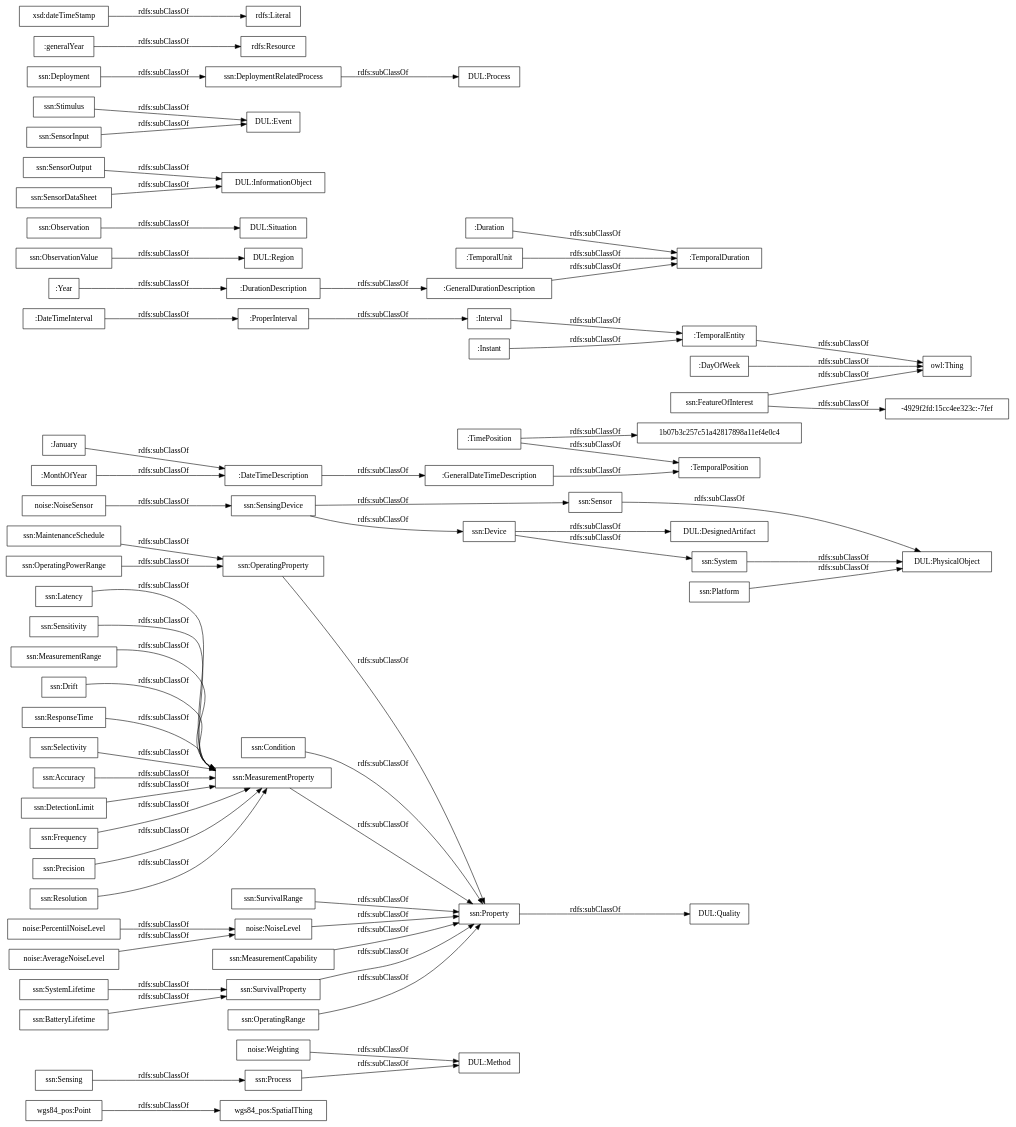
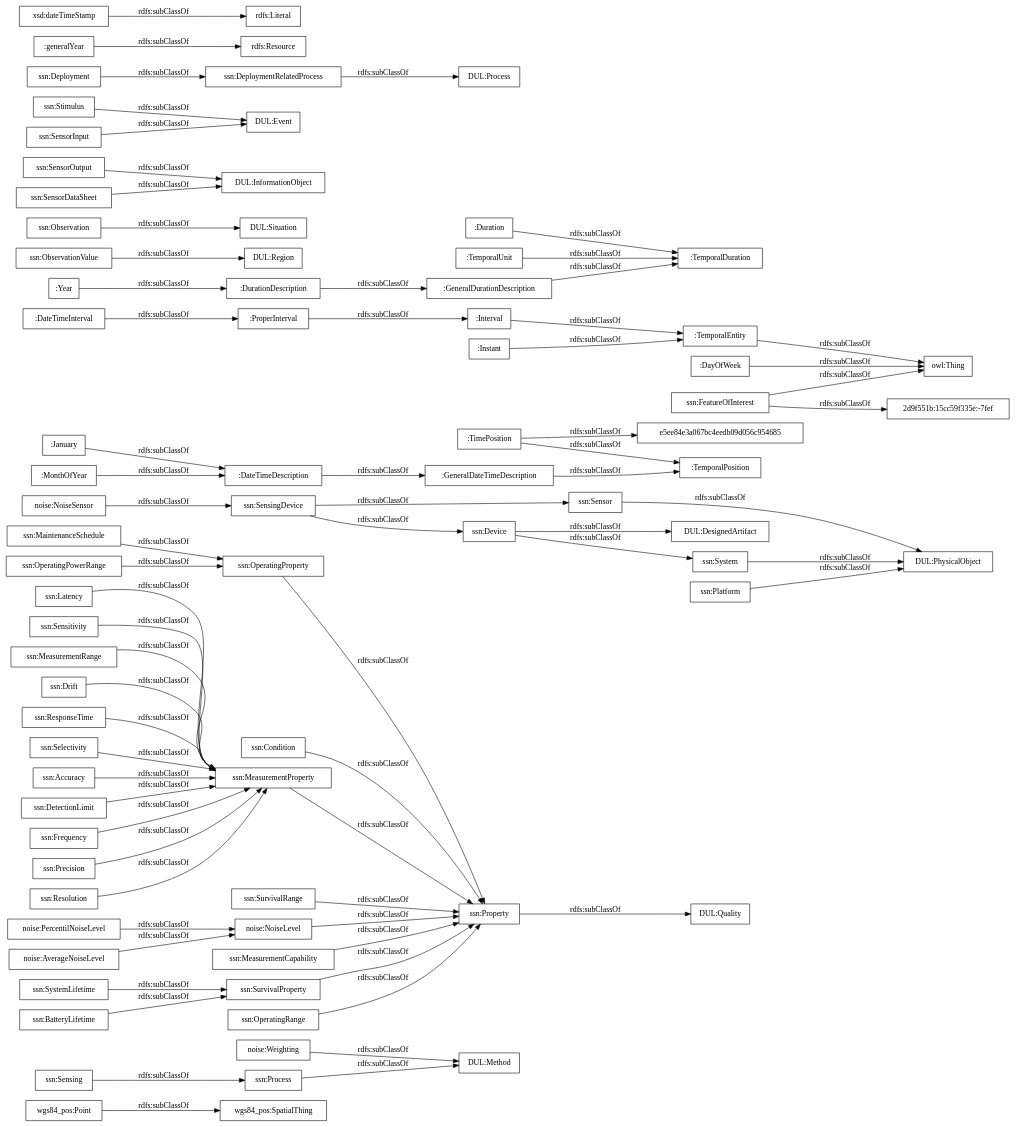
Before and after one commit to opencitydata/vocab-medio-ambiente-contaminacion-acustica: the diagram in OnToology/contaminacion-acustica.owl/diagrams/ar2dtool-taxonomy/contaminacion-acustica.owl.png.dot, drawn with Graphviz. The commit also changed 9 other files, not shown here.

```diff
--- a/OnToology/contaminacion-acustica.owl/diagrams/ar2dtool-taxonomy/contaminacion-acustica.owl.png.dot
+++ b/OnToology/contaminacion-acustica.owl/diagrams/ar2dtool-taxonomy/contaminacion-acustica.owl.png.dot
@@ -1,73 +1,73 @@
 digraph ar2dtool_diagram { 
 rankdir=LR;
 size="1000"
-node [shape = rectangle, color="black"]; "wgs84_pos:SpatialThing" "wgs84_pos:Point" "noise:Weighting" "noise:PercentilNoiseLevel" "noise:NoiseSensor" "noise:NoiseLevel" "noise:AverageNoiseLevel" ":GeneralDateTimeDescription" ":DateTimeInterval" ":DurationDescription" ":TemporalDuration" ":Duration" ":GeneralDurationDescription" ":January" ":ProperInterval" ":TimePosition" "1b07b3c257c51a42817898a11ef4e0c4" ":TemporalPosition" ":Interval" ":TemporalEntity" ":Year" ":MonthOfYear" ":DateTimeDescription" ":TemporalUnit" ":Instant" ":DayOfWeek" "ssn:Accuracy" "ssn:DetectionLimit" "ssn:Frequency" "ssn:Condition" "DUL:Region" "DUL:Situation" "DUL:PhysicalObject" "ssn:SensorOutput" "ssn:Precision" "ssn:Resolution" "DUL:Quality" "ssn:FeatureOfInterest" "ssn:Sensor" "DUL:InformationObject" "ssn:OperatingProperty" "DUL:Event" "ssn:OperatingPowerRange" "DUL:Method" "ssn:MaintenanceSchedule" "ssn:Sensing" "ssn:Latency" "ssn:SurvivalRange" "ssn:SensingDevice" "DUL:DesignedArtifact" "ssn:Sensitivity" "ssn:Stimulus" "DUL:Process" "ssn:MeasurementRange" "ssn:System" "ssn:SystemLifetime" "ssn:Property" "ssn:MeasurementProperty" "ssn:Process" "ssn:Deployment" "ssn:MeasurementCapability" "ssn:BatteryLifetime" "-4929f2fd:15cc4ee323c:-7fef" "ssn:Drift" "ssn:DeploymentRelatedProcess" "ssn:SensorInput" "ssn:ResponseTime" "ssn:ObservationValue" "ssn:SensorDataSheet" "ssn:Observation" "ssn:Selectivity" "ssn:SurvivalProperty" "ssn:Device" "ssn:OperatingRange" "ssn:Platform" ; /*classes style*/
+node [shape = rectangle, color="black"]; "wgs84_pos:SpatialThing" "wgs84_pos:Point" "noise:Weighting" "noise:PercentilNoiseLevel" "noise:NoiseSensor" "noise:NoiseLevel" "noise:AverageNoiseLevel" ":GeneralDateTimeDescription" ":DateTimeInterval" ":DurationDescription" ":TemporalDuration" ":Duration" ":GeneralDurationDescription" ":January" ":ProperInterval" ":TimePosition" "e5ee84e3a067bc4eedb09d056c954685" ":TemporalPosition" ":Interval" ":TemporalEntity" ":Year" ":MonthOfYear" ":DateTimeDescription" ":TemporalUnit" ":Instant" ":DayOfWeek" "ssn:Accuracy" "ssn:DetectionLimit" "ssn:Frequency" "ssn:Condition" "DUL:Region" "DUL:Situation" "DUL:PhysicalObject" "ssn:SensorOutput" "ssn:Precision" "ssn:Resolution" "DUL:Quality" "ssn:FeatureOfInterest" "ssn:Sensor" "DUL:InformationObject" "ssn:OperatingProperty" "DUL:Event" "ssn:OperatingPowerRange" "DUL:Method" "ssn:MaintenanceSchedule" "ssn:Sensing" "ssn:Latency" "2d9f551b:15cc59f335e:-7fef" "ssn:SurvivalRange" "ssn:SensingDevice" "DUL:DesignedArtifact" "ssn:Sensitivity" "ssn:Stimulus" "DUL:Process" "ssn:MeasurementRange" "ssn:System" "ssn:SystemLifetime" "ssn:Property" "ssn:MeasurementProperty" "ssn:Process" "ssn:Deployment" "ssn:MeasurementCapability" "ssn:BatteryLifetime" "ssn:Drift" "ssn:DeploymentRelatedProcess" "ssn:SensorInput" "ssn:ResponseTime" "ssn:ObservationValue" "ssn:SensorDataSheet" "ssn:Observation" "ssn:Selectivity" "ssn:SurvivalProperty" "ssn:Device" "ssn:OperatingRange" "ssn:Platform" ; /*classes style*/
 	":DateTimeDescription" -> ":GeneralDateTimeDescription" [ label = "rdfs:subClassOf" ];
 	"noise:AverageNoiseLevel" -> "noise:NoiseLevel" [ label = "rdfs:subClassOf" ];
 	"ssn:Deployment" -> "ssn:DeploymentRelatedProcess" [ label = "rdfs:subClassOf" ];
 	"ssn:SensingDevice" -> "ssn:Sensor" [ label = "rdfs:subClassOf" ];
 	"ssn:SensingDevice" -> "ssn:Device" [ label = "rdfs:subClassOf" ];
 	"ssn:DeploymentRelatedProcess" -> "DUL:Process" [ label = "rdfs:subClassOf" ];
 	"ssn:Accuracy" -> "ssn:MeasurementProperty" [ label = "rdfs:subClassOf" ];
 	":Instant" -> ":TemporalEntity" [ label = "rdfs:subClassOf" ];
 	"ssn:FeatureOfInterest" -> "owl:Thing" [ label = "rdfs:subClassOf" ];
-	"ssn:FeatureOfInterest" -> "-4929f2fd:15cc4ee323c:-7fef" [ label = "rdfs:subClassOf" ];
+	"ssn:FeatureOfInterest" -> "2d9f551b:15cc59f335e:-7fef" [ label = "rdfs:subClassOf" ];
 	"ssn:Latency" -> "ssn:MeasurementProperty" [ label = "rdfs:subClassOf" ];
 	"ssn:Process" -> "DUL:Method" [ label = "rdfs:subClassOf" ];
 	"noise:Weighting" -> "DUL:Method" [ label = "rdfs:subClassOf" ];
 	":ProperInterval" -> ":Interval" [ label = "rdfs:subClassOf" ];
 	"ssn:Property" -> "DUL:Quality" [ label = "rdfs:subClassOf" ];
 	"ssn:MeasurementProperty" -> "ssn:Property" [ label = "rdfs:subClassOf" ];
 	"wgs84_pos:Point" -> "wgs84_pos:SpatialThing" [ label = "rdfs:subClassOf" ];
 	":MonthOfYear" -> ":DateTimeDescription" [ label = "rdfs:subClassOf" ];
 	"ssn:ResponseTime" -> "ssn:MeasurementProperty" [ label = "rdfs:subClassOf" ];
 	"ssn:OperatingRange" -> "ssn:Property" [ label = "rdfs:subClassOf" ];
 	"noise:NoiseLevel" -> "ssn:Property" [ label = "rdfs:subClassOf" ];
 	"ssn:MeasurementRange" -> "ssn:MeasurementProperty" [ label = "rdfs:subClassOf" ];
 	"ssn:Stimulus" -> "DUL:Event" [ label = "rdfs:subClassOf" ];
 	":Duration" -> ":TemporalDuration" [ label = "rdfs:subClassOf" ];
 	"ssn:SurvivalProperty" -> "ssn:Property" [ label = "rdfs:subClassOf" ];
 	"ssn:MaintenanceSchedule" -> "ssn:OperatingProperty" [ label = "rdfs:subClassOf" ];
 	"ssn:SensorInput" -> "DUL:Event" [ label = "rdfs:subClassOf" ];
-	":TimePosition" -> "1b07b3c257c51a42817898a11ef4e0c4" [ label = "rdfs:subClassOf" ];
+	":TimePosition" -> "e5ee84e3a067bc4eedb09d056c954685" [ label = "rdfs:subClassOf" ];
 	":TimePosition" -> ":TemporalPosition" [ label = "rdfs:subClassOf" ];
 	":TemporalEntity" -> "owl:Thing" [ label = "rdfs:subClassOf" ];
 	"ssn:Sensitivity" -> "ssn:MeasurementProperty" [ label = "rdfs:subClassOf" ];
 	"ssn:Drift" -> "ssn:MeasurementProperty" [ label = "rdfs:subClassOf" ];
 	"ssn:System" -> "DUL:PhysicalObject" [ label = "rdfs:subClassOf" ];
 	":GeneralDurationDescription" -> ":TemporalDuration" [ label = "rdfs:subClassOf" ];
 	"ssn:Resolution" -> "ssn:MeasurementProperty" [ label = "rdfs:subClassOf" ];
 	"ssn:Precision" -> "ssn:MeasurementProperty" [ label = "rdfs:subClassOf" ];
 	"noise:PercentilNoiseLevel" -> "noise:NoiseLevel" [ label = "rdfs:subClassOf" ];
 	"ssn:DetectionLimit" -> "ssn:MeasurementProperty" [ label = "rdfs:subClassOf" ];
 	":DateTimeInterval" -> ":ProperInterval" [ label = "rdfs:subClassOf" ];
 	"ssn:Sensor" -> "DUL:PhysicalObject" [ label = "rdfs:subClassOf" ];
 	"ssn:SensorDataSheet" -> "DUL:InformationObject" [ label = "rdfs:subClassOf" ];
 	"ssn:OperatingPowerRange" -> "ssn:OperatingProperty" [ label = "rdfs:subClassOf" ];
 	"noise:NoiseSensor" -> "ssn:SensingDevice" [ label = "rdfs:subClassOf" ];
 	":Interval" -> ":TemporalEntity" [ label = "rdfs:subClassOf" ];
 	":GeneralDateTimeDescription" -> ":TemporalPosition" [ label = "rdfs:subClassOf" ];
 	":January" -> ":DateTimeDescription" [ label = "rdfs:subClassOf" ];
 	"ssn:ObservationValue" -> "DUL:Region" [ label = "rdfs:subClassOf" ];
 	":DayOfWeek" -> "owl:Thing" [ label = "rdfs:subClassOf" ];
 	"ssn:Device" -> "DUL:DesignedArtifact" [ label = "rdfs:subClassOf" ];
 	"ssn:Device" -> "ssn:System" [ label = "rdfs:subClassOf" ];
 	"ssn:Platform" -> "DUL:PhysicalObject" [ label = "rdfs:subClassOf" ];
 	":Year" -> ":DurationDescription" [ label = "rdfs:subClassOf" ];
 	":DurationDescription" -> ":GeneralDurationDescription" [ label = "rdfs:subClassOf" ];
 	"ssn:OperatingProperty" -> "ssn:Property" [ label = "rdfs:subClassOf" ];
 	":generalYear" -> "rdfs:Resource" [ label = "rdfs:subClassOf" ];
 	"ssn:Selectivity" -> "ssn:MeasurementProperty" [ label = "rdfs:subClassOf" ];
 	"ssn:BatteryLifetime" -> "ssn:SurvivalProperty" [ label = "rdfs:subClassOf" ];
 	":TemporalUnit" -> ":TemporalDuration" [ label = "rdfs:subClassOf" ];
 	"ssn:Observation" -> "DUL:Situation" [ label = "rdfs:subClassOf" ];
 	"ssn:Sensing" -> "ssn:Process" [ label = "rdfs:subClassOf" ];
 	"ssn:SystemLifetime" -> "ssn:SurvivalProperty" [ label = "rdfs:subClassOf" ];
 	"ssn:SurvivalRange" -> "ssn:Property" [ label = "rdfs:subClassOf" ];
 	"ssn:Frequency" -> "ssn:MeasurementProperty" [ label = "rdfs:subClassOf" ];
 	"ssn:SensorOutput" -> "DUL:InformationObject" [ label = "rdfs:subClassOf" ];
 	"ssn:Condition" -> "ssn:Property" [ label = "rdfs:subClassOf" ];
 	"xsd:dateTimeStamp" -> "rdfs:Literal" [ label = "rdfs:subClassOf" ];
 	"ssn:MeasurementCapability" -> "ssn:Property" [ label = "rdfs:subClassOf" ];
 
 }
```
